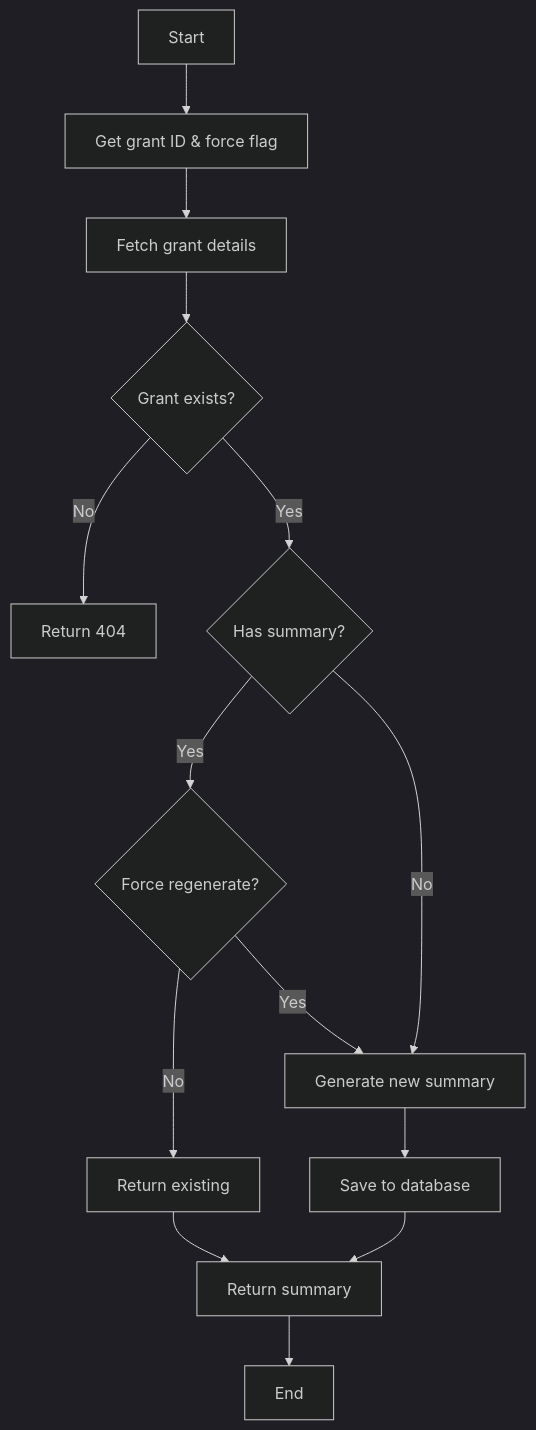
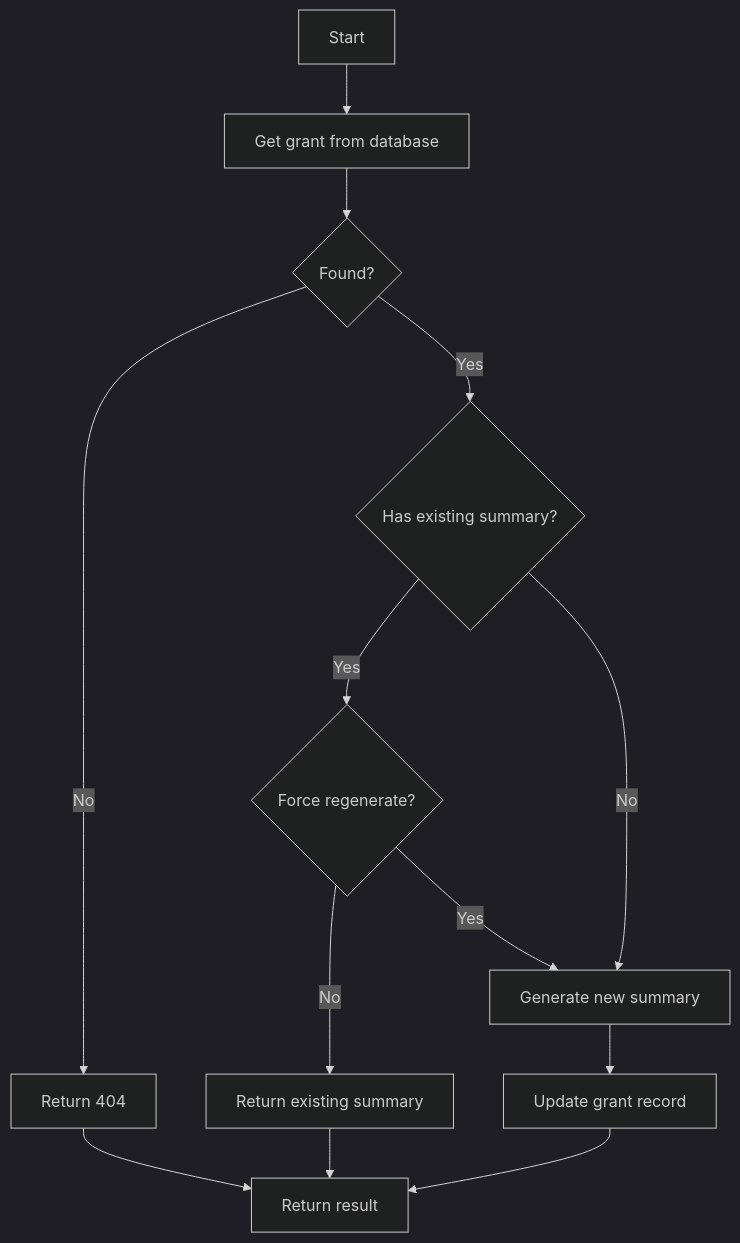
The sixth of 10 diagrams in WORKFLOW.md (quixilabs/api-grant-watchers), drawn with Mermaid (dark theme) before and after one commit. The commit also changed other lines of this file and 4 other files, not shown here.

````diff
--- a/WORKFLOW.md
+++ b/WORKFLOW.md
@@ -67,16 +106,15 @@
 ```mermaid
 graph TD
-    A[Start] --> B[Get grant ID & force flag]
-    B --> C[Fetch grant details]
-    C --> D{Grant exists?}
-    D -->|No| E[Return 404]
-    D -->|Yes| F{Has summary?}
-    F -->|Yes| G{Force regenerate?}
-    G -->|No| H[Return existing]
-    G -->|Yes| I[Generate new summary]
-    F -->|No| I
-    I --> J[Save to database]
-    J --> K[Return summary]
-    H --> K
-    K --> L[End]
+    A[Start] --> B[Get grant from database]
+    B --> C{Found?}
+    C -->|No| D[Return 404]
+    C -->|Yes| E{Has existing summary?}
+    E -->|Yes| F{Force regenerate?}
+    F -->|No| G[Return existing summary]
+    F -->|Yes| H[Generate new summary]
+    E -->|No| H
+    H --> I[Update grant record]
+    I --> J[Return result]
+    G --> J
+    D --> J
 ```
````
